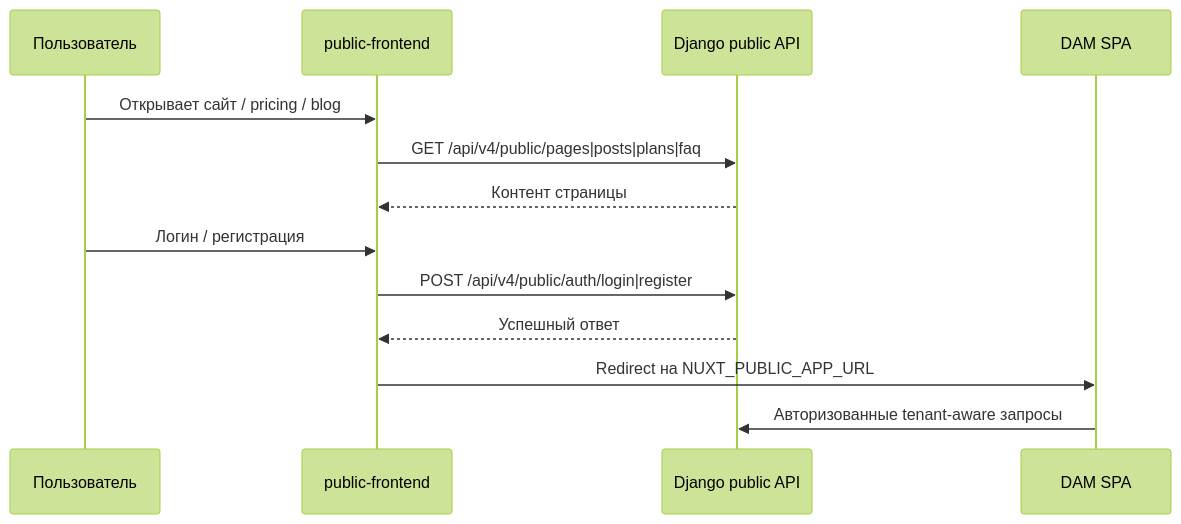
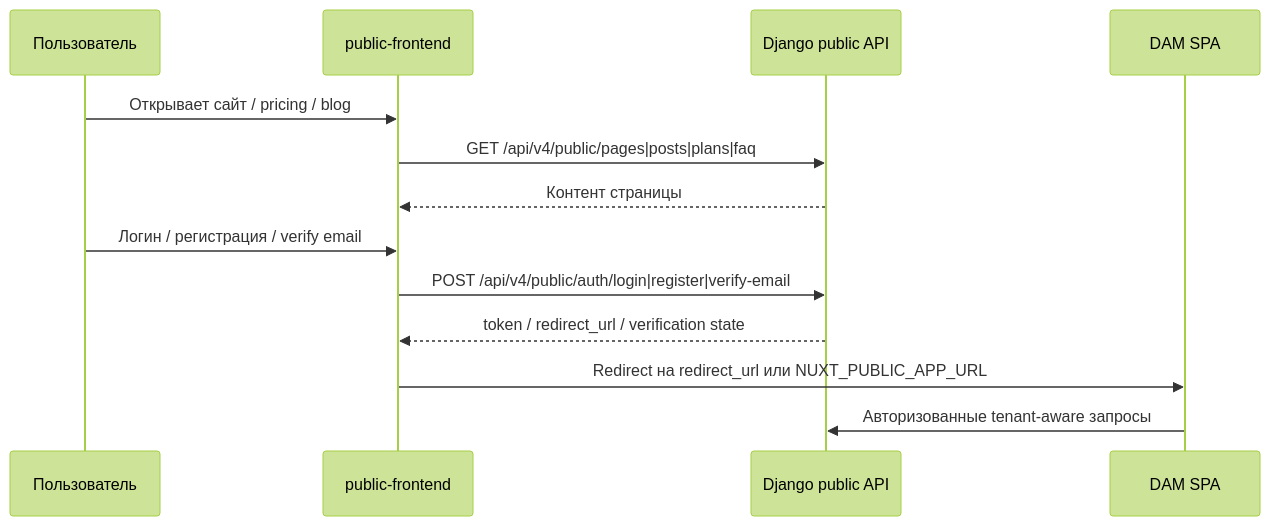
The sixth of 6 diagrams in docs/architecture/gitnexus-map.md (vitt76/Prime-EDMS), drawn with Mermaid (forest theme) before and after one commit. The commit also changed other lines of this file and 2 other files, not shown here.

First line of the commit message:
chore: update GitNexus project index and enhance architecture documentation

````diff
--- a/docs/architecture/gitnexus-map.md
+++ b/docs/architecture/gitnexus-map.md
@@ -345,18 +395,18 @@
 ```mermaid
 sequenceDiagram
     participant User as Пользователь
     participant Public as public-frontend
     participant API as Django public API
     participant App as DAM SPA
 
     User->>Public: Открывает сайт / pricing / blog
     Public->>API: GET /api/v4/public/pages|posts|plans|faq
     API-->>Public: Контент страницы
 
-    User->>Public: Логин / регистрация
-    Public->>API: POST /api/v4/public/auth/login|register
-    API-->>Public: Успешный ответ
+    User->>Public: Логин / регистрация / verify email
+    Public->>API: POST /api/v4/public/auth/login|register|verify-email
+    API-->>Public: token / redirect_url / verification state
 
-    Public->>App: Redirect на NUXT_PUBLIC_APP_URL
+    Public->>App: Redirect на redirect_url или NUXT_PUBLIC_APP_URL
     App->>API: Авторизованные tenant-aware запросы
 ```
````
